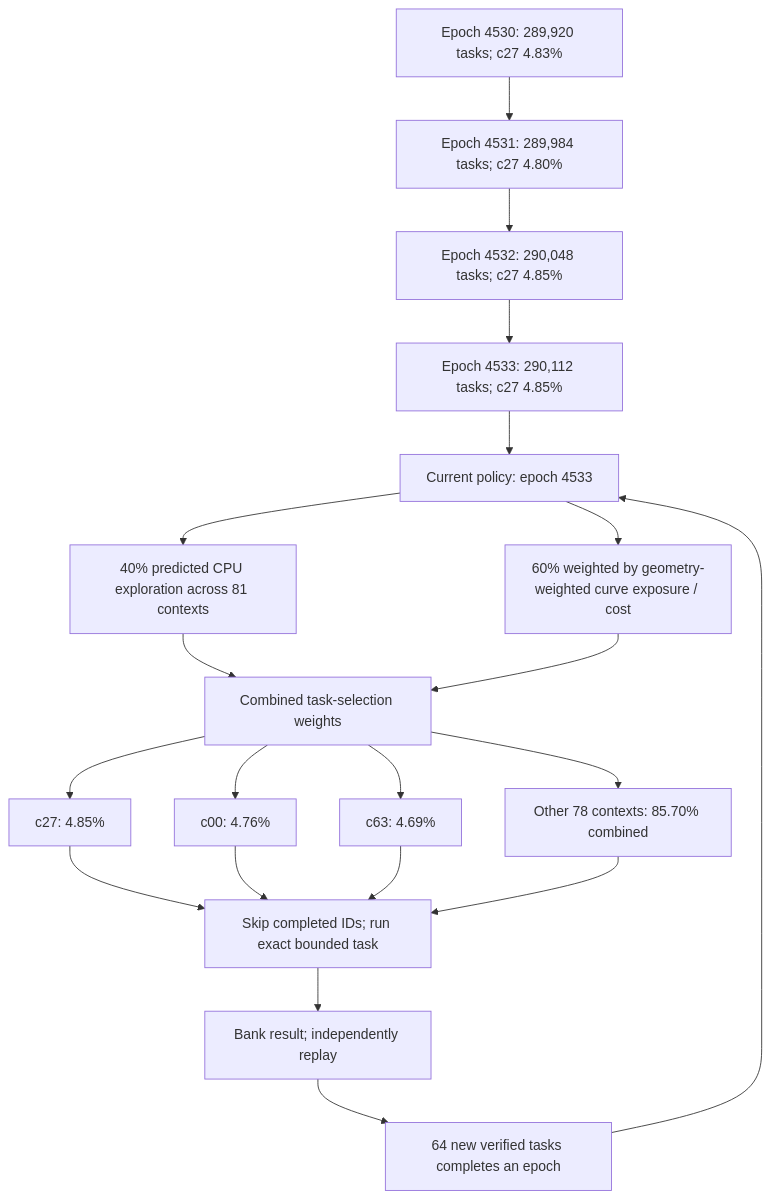
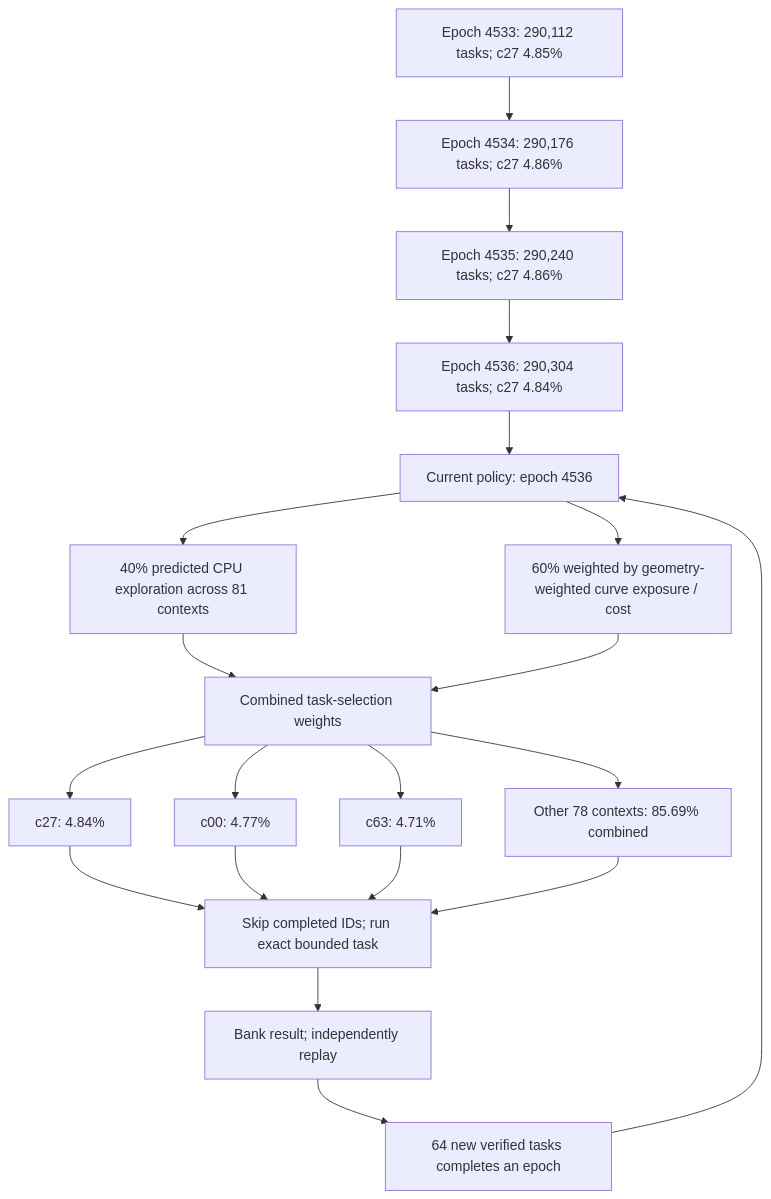
The first of 3 diagrams in README.md (Kuberwastaken/math-gambling), drawn with Mermaid before and after one commit. The commit also changed other lines of this file and 3932 other files, not shown here.

````diff
--- a/README.md
+++ b/README.md
@@ -60,27 +60,27 @@
 ```mermaid
 flowchart TD
-    H0["Epoch 4530: 289,920 tasks; c27 4.83%"]
-    H1["Epoch 4531: 289,984 tasks; c27 4.80%"]
+    H0["Epoch 4533: 290,112 tasks; c27 4.85%"]
+    H1["Epoch 4534: 290,176 tasks; c27 4.86%"]
     H0 --> H1
-    H2["Epoch 4532: 290,048 tasks; c27 4.85%"]
+    H2["Epoch 4535: 290,240 tasks; c27 4.86%"]
     H1 --> H2
-    H3["Epoch 4533: 290,112 tasks; c27 4.85%"]
+    H3["Epoch 4536: 290,304 tasks; c27 4.84%"]
     H2 --> H3
-    Policy["Current policy: epoch 4533"]
+    Policy["Current policy: epoch 4536"]
     H3 --> Policy
     Policy --> Explore["40% predicted CPU exploration across 81 contexts"]
     Policy --> Cost["60% weighted by geometry-weighted curve exposure / cost"]
     Explore --> Mix["Combined task-selection weights"]
     Cost --> Mix
-    Mix --> C0["c27: 4.85%"]
-    Mix --> C1["c00: 4.76%"]
-    Mix --> C2["c63: 4.69%"]
-    Mix --> Rest["Other 78 contexts: 85.70% combined"]
+    Mix --> C0["c27: 4.84%"]
+    Mix --> C1["c00: 4.77%"]
+    Mix --> C2["c63: 4.71%"]
+    Mix --> Rest["Other 78 contexts: 85.69% combined"]
     C0 --> Check["Skip completed IDs; run exact bounded task"]
     C1 --> Check
     C2 --> Check
     Rest --> Check
     Check --> Replay["Bank result; independently replay"]
     Replay --> Gate["64 new verified tasks completes an epoch"]
     Gate --> Policy
 ```
````
